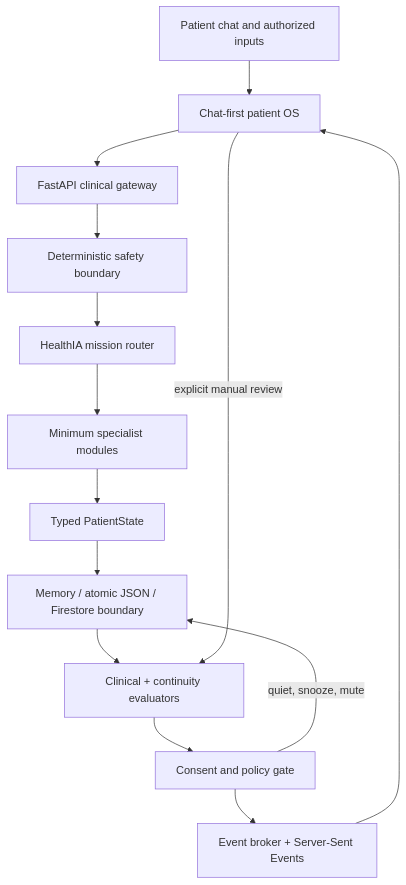
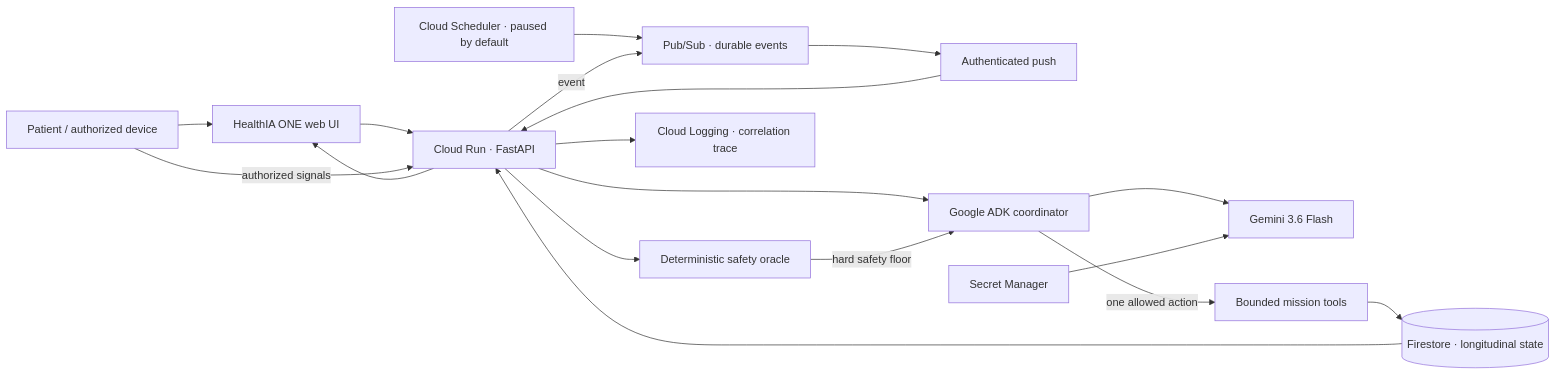
One commit to arisnachy/healthia-one changed the diagram in docs/ARCHITECTURE.md. Above: the diagram before and after it, drawn with Mermaid. The commit also changed other lines of this file and 24 other files, not shown here.

Commit message:
feat: assemble durable ADK agentic runtime

````diff
--- a/docs/ARCHITECTURE.md
+++ b/docs/ARCHITECTURE.md
@@ -5,19 +7,28 @@
 ```mermaid
-flowchart TB
-    P[Patient chat and authorized inputs]
-    UI[Chat-first patient OS]
-    API[FastAPI clinical gateway]
-    SAFE[Deterministic safety boundary]
-    ROUTER[HealthIA mission router]
-    MODULES[Minimum specialist modules]
-    STATE[Typed PatientState]
-    STORE[Memory / atomic JSON / Firestore boundary]
-    EVAL[Clinical + continuity evaluators]
-    CONTROL[Consent and policy gate]
-    SSE[Event broker + Server-Sent Events]
+flowchart LR
+    PAT[Patient / authorized device]
+    UI[HealthIA ONE web UI]
+    API[Cloud Run · FastAPI]
+    TOPIC[Pub/Sub · durable events]
+    PUSH[Authenticated push]
+    ADK[Google ADK coordinator]
+    GEM[Gemini 3.6 Flash]
+    SAFE[Deterministic safety oracle]
+    TOOLS[Bounded mission tools]
+    FS[(Firestore · longitudinal state)]
+    LOG[Cloud Logging · correlation trace]
+    SCHED[Cloud Scheduler · paused by default]
+    SEC[Secret Manager]
 
-    P --> UI --> API --> SAFE --> ROUTER --> MODULES --> STATE --> STORE
-    STORE --> EVAL --> CONTROL --> SSE --> UI
-    CONTROL -->|quiet, snooze, mute| STORE
-    UI -->|explicit manual review| EVAL
+    PAT --> UI --> API
+    PAT -->|authorized signals| API
+    SCHED --> TOPIC
+    API -->|event| TOPIC --> PUSH --> API
+    API --> SAFE
+    API --> ADK --> GEM
+    SEC --> GEM
+    SAFE -->|hard safety floor| ADK
+    ADK -->|one allowed action| TOOLS --> FS
+    FS --> API --> UI
+    API --> LOG
 ```
````
